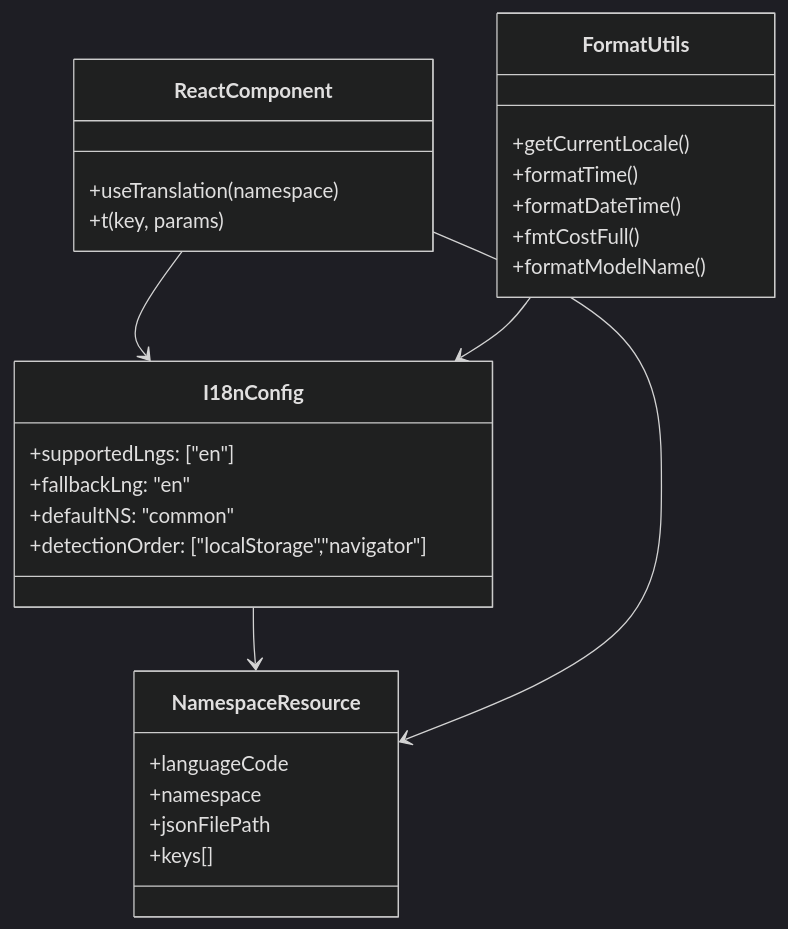
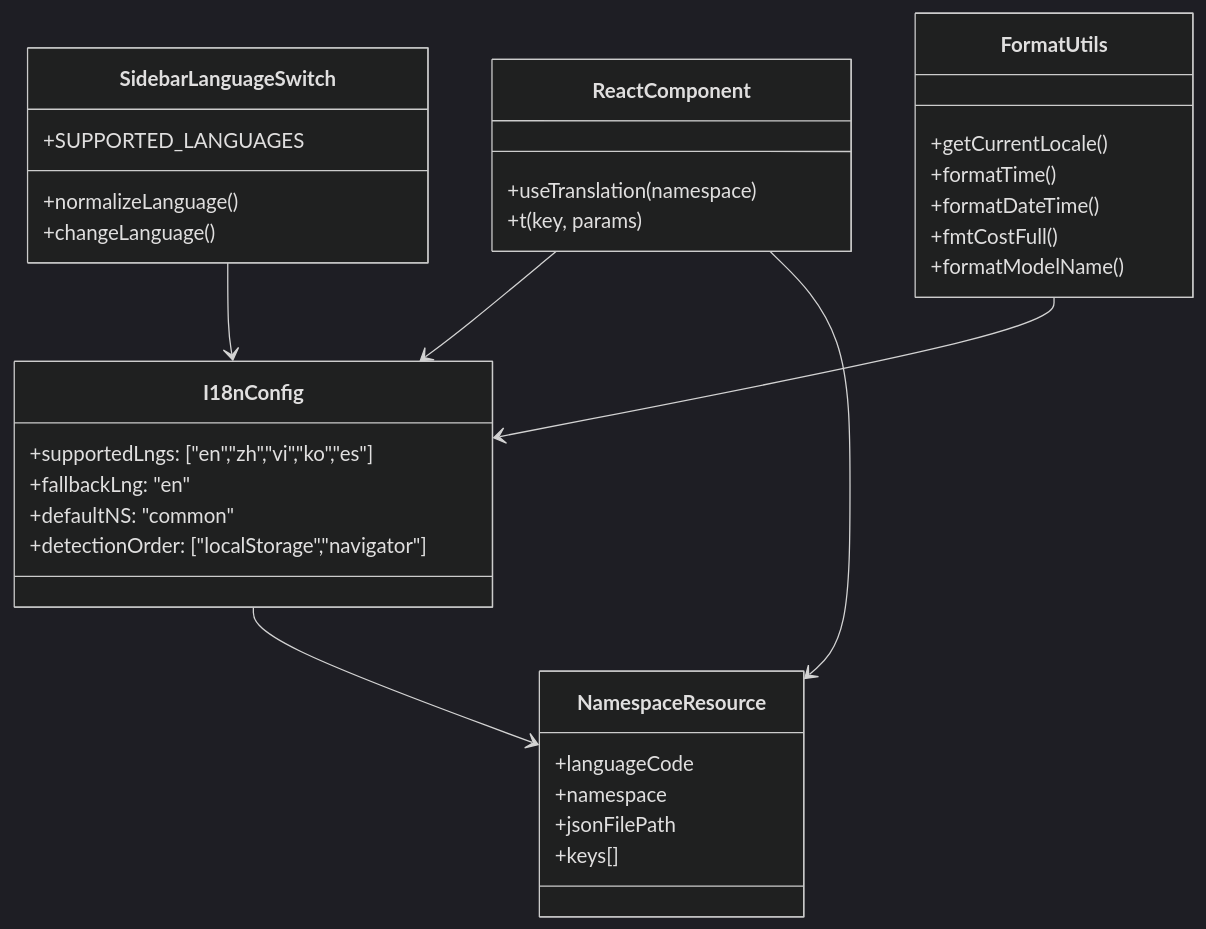
Before and after one commit to buluma/Code-Agent-Monitor: the third of 7 diagrams in docs/I18N.md, drawn with Mermaid (dark theme). The commit also changed other lines of this file and 1142 other files, not shown here.

````diff
--- a/docs/I18N.md
+++ b/docs/I18N.md
@@ -129,34 +134,41 @@
 ```mermaid
 classDiagram
     class I18nConfig {
-      +supportedLngs: ["en"]
+      +supportedLngs: ["en","zh","vi","ko","es"]
       +fallbackLng: "en"
       +defaultNS: "common"
       +detectionOrder: ["localStorage","navigator"]
     }
 
     class NamespaceResource {
       +languageCode
       +namespace
       +jsonFilePath
       +keys[]
     }
 
     class ReactComponent {
       +useTranslation(namespace)
       +t(key, params)
     }
 
+    class SidebarLanguageSwitch {
+      +SUPPORTED_LANGUAGES
+      +normalizeLanguage()
+      +changeLanguage()
+    }
+
     class FormatUtils {
       +getCurrentLocale()
       +formatTime()
       +formatDateTime()
       +fmtCostFull()
       +formatModelName()
     }
 
     I18nConfig --> NamespaceResource
     ReactComponent --> I18nConfig
     ReactComponent --> NamespaceResource
+    SidebarLanguageSwitch --> I18nConfig
     FormatUtils --> I18nConfig
 ```
````
